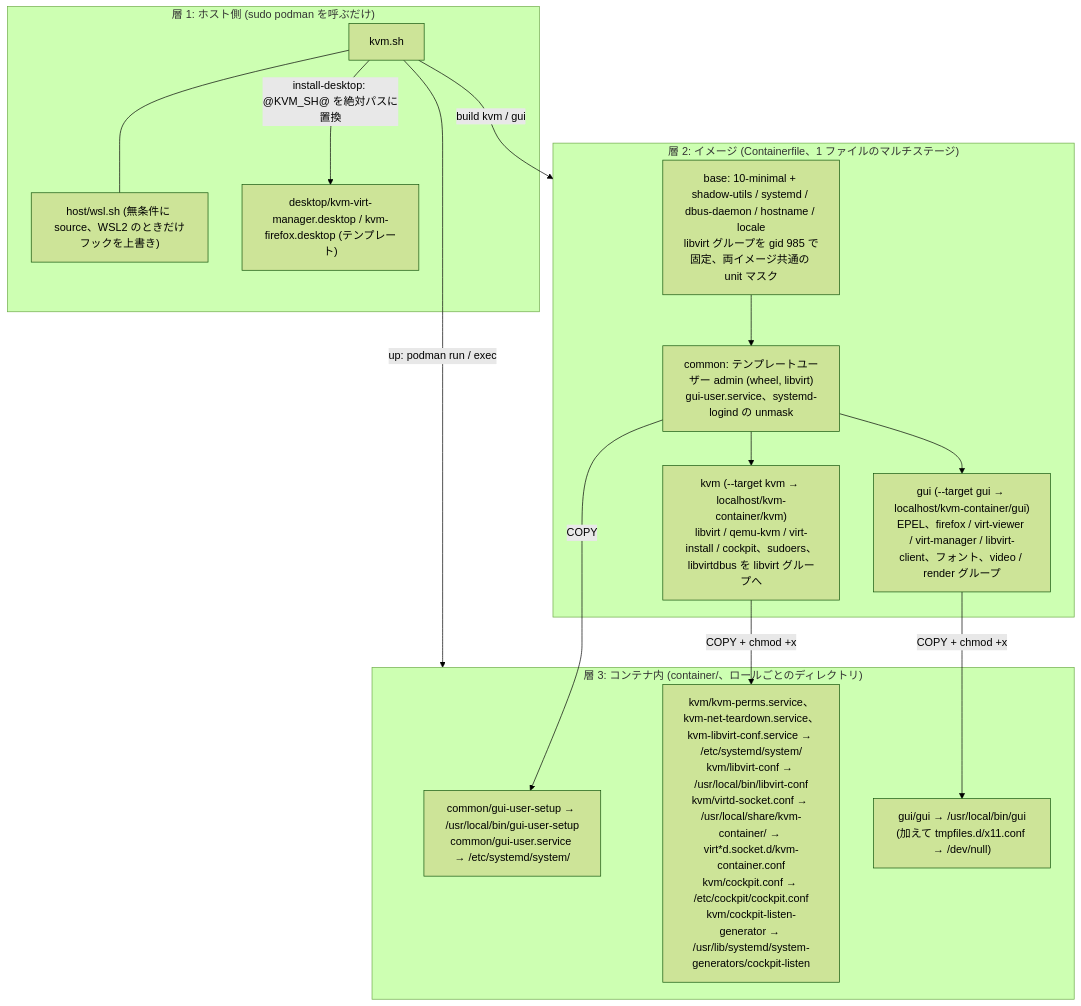
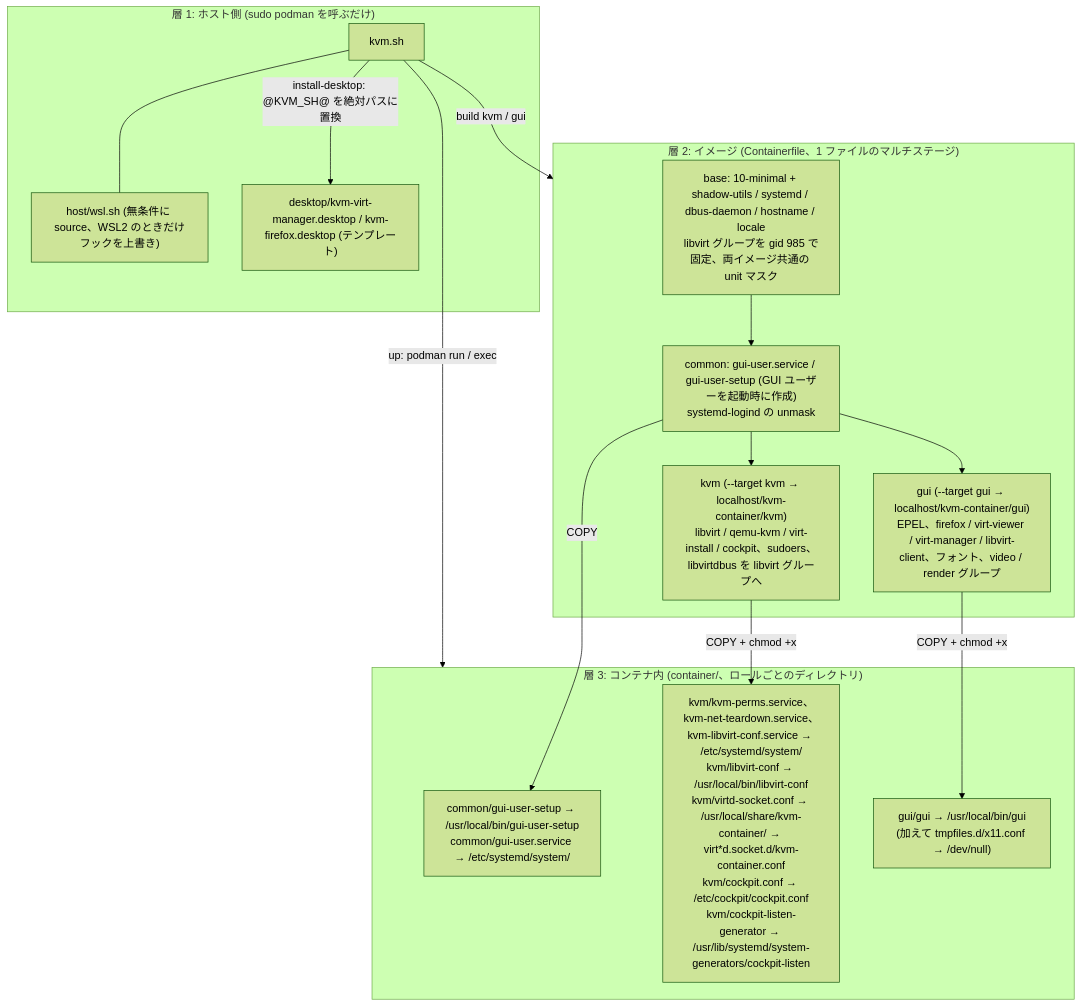
One commit to ryo-aoki-pc/kvm-container changed the fourth of 22 diagrams in docs/SPEC.md. Above: the diagram before and after it, drawn with Mermaid (forest theme). The commit also changed other lines of this file and 7 other files, not shown here.

First line of the commit message:
テンプレートユーザー admin を廃止し、GUI ユーザーを起動時に作る (#20)

````diff
--- a/docs/SPEC.md
+++ b/docs/SPEC.md
@@ -224,27 +223,27 @@
 ```mermaid
 flowchart TB
   subgraph L1 ["層 1: ホスト側 (sudo podman を呼ぶだけ)"]
     kvmsh["kvm.sh"] --- wsl["host/wsl.sh (無条件に source、WSL2 のときだけフックを上書き)"]
     tmpl["desktop/kvm-virt-manager.desktop / kvm-firefox.desktop (テンプレート)"]
   end
   subgraph L2 ["層 2: イメージ (Containerfile、1 ファイルのマルチステージ)"]
     base["base: 10-minimal + shadow-utils / systemd / dbus-daemon / hostname / locale<br/>libvirt グループを gid 985 で固定、両イメージ共通の unit マスク"]
-    common["common: テンプレートユーザー admin (wheel, libvirt)<br/>gui-user.service、systemd-logind の unmask"]
+    common["common: gui-user.service / gui-user-setup (GUI ユーザーを起動時に作成)<br/>systemd-logind の unmask"]
     kvmimg["kvm (--target kvm → localhost/kvm-container/kvm)<br/>libvirt / qemu-kvm / virt-install / cockpit、sudoers、libvirtdbus を libvirt グループへ"]
     guiimg["gui (--target gui → localhost/kvm-container/gui)<br/>EPEL、firefox / virt-viewer / virt-manager / libvirt-client、フォント、video / render グループ"]
     base --> common
     common --> kvmimg
     common --> guiimg
   end
   subgraph L3 ["層 3: コンテナ内 (container/、ロールごとのディレクトリ)"]
     c1["common/gui-user-setup → /usr/local/bin/gui-user-setup<br/>common/gui-user.service → /etc/systemd/system/"]
     k1["kvm/kvm-perms.service、kvm-net-teardown.service、kvm-libvirt-conf.service → /etc/systemd/system/<br/>kvm/libvirt-conf → /usr/local/bin/libvirt-conf<br/>kvm/virtd-socket.conf → /usr/local/share/kvm-container/ → virt*d.socket.d/kvm-container.conf<br/>kvm/cockpit.conf → /etc/cockpit/cockpit.conf<br/>kvm/cockpit-listen-generator → /usr/lib/systemd/system-generators/cockpit-listen"]
     g1["gui/gui → /usr/local/bin/gui<br/>(加えて tmpfiles.d/x11.conf → /dev/null)"]
   end
   kvmsh -->|"build kvm / gui"| L2
   common -->|"COPY"| c1
   kvmimg -->|"COPY + chmod +x"| k1
   guiimg -->|"COPY + chmod +x"| g1
   kvmsh -->|"up: podman run / exec"| L3
   kvmsh -->|"install-desktop: @KVM_SH@ を絶対パスに置換"| tmpl
 ```
````
